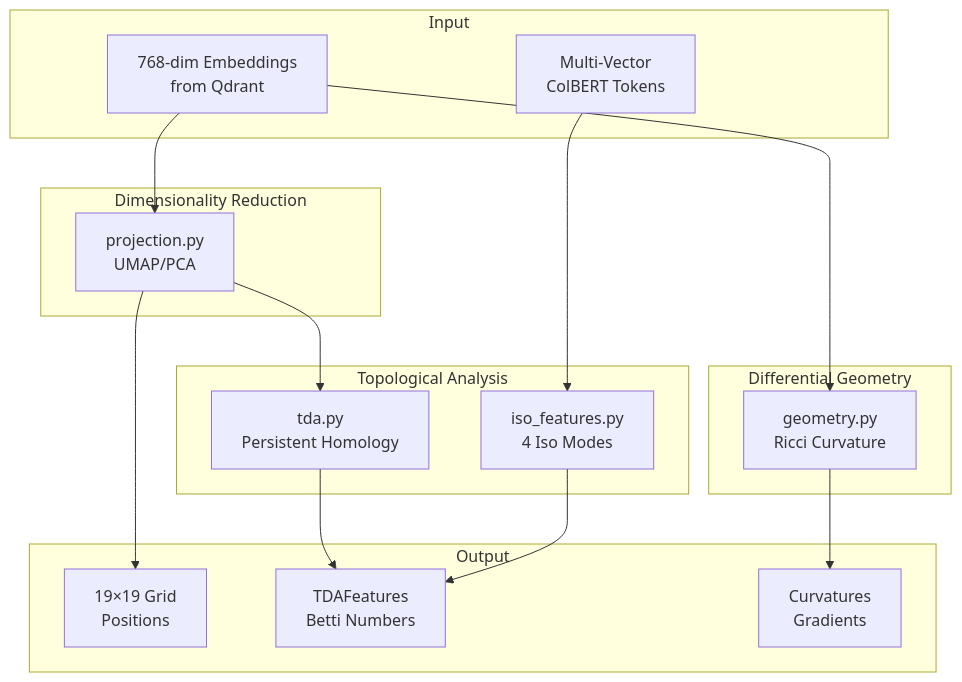
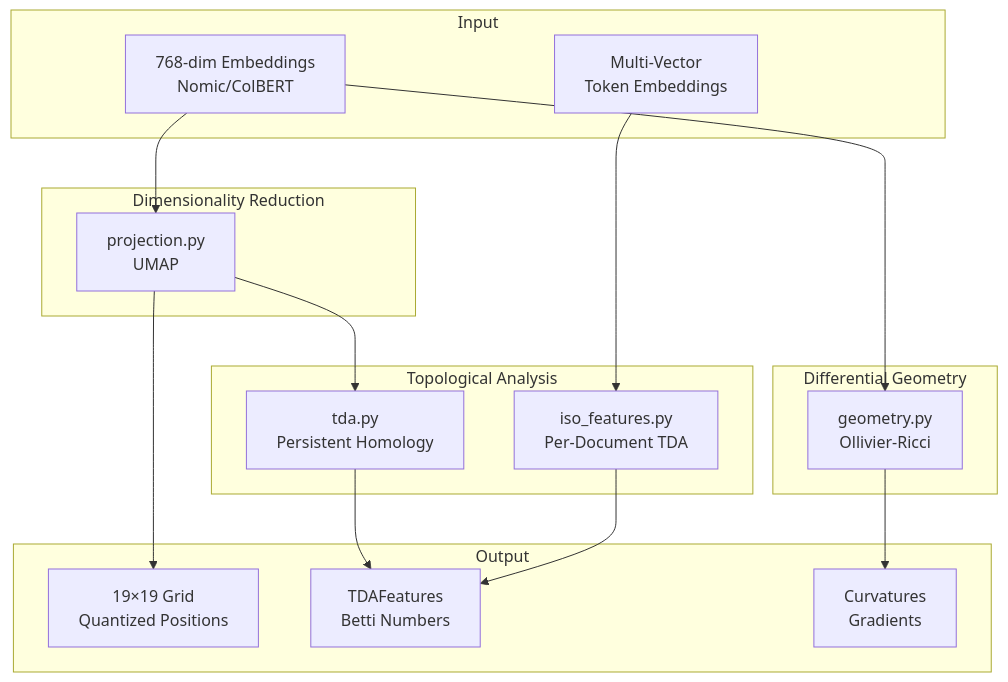
One commit to zndx/gaius changed the first of 2 diagrams in src/gaius/core/README.md. Above: the diagram before and after it, drawn with Mermaid. The commit also changed other lines of this file and 8 other files, not shown here.

````diff
--- a/src/gaius/core/README.md
+++ b/src/gaius/core/README.md
@@ -7,35 +7,35 @@
 ```mermaid
 graph TB
     subgraph "Input"
-        EMB[768-dim Embeddings<br/>from Qdrant]
-        MV[Multi-Vector<br/>ColBERT Tokens]
+        EMB[768-dim Embeddings<br/>Nomic/ColBERT]
+        MV[Multi-Vector<br/>Token Embeddings]
     end
 
     subgraph "Dimensionality Reduction"
-        PROJ[projection.py<br/>UMAP/PCA]
+        PROJ[projection.py<br/>UMAP]
     end
 
     subgraph "Topological Analysis"
         TDA[tda.py<br/>Persistent Homology]
-        ISO[iso_features.py<br/>4 Iso Modes]
+        ISO[iso_features.py<br/>Per-Document TDA]
     end
 
     subgraph "Differential Geometry"
-        GEOM[geometry.py<br/>Ricci Curvature]
+        GEOM[geometry.py<br/>Ollivier-Ricci]
     end
 
     subgraph "Output"
-        GRID[19×19 Grid<br/>Positions]
+        GRID[19×19 Grid<br/>Quantized Positions]
         FEAT[TDAFeatures<br/>Betti Numbers]
         CURV[Curvatures<br/>Gradients]
     end
 
     EMB --> PROJ
     MV --> ISO
     PROJ --> GRID
     PROJ --> TDA
     TDA --> FEAT
     EMB --> GEOM
     GEOM --> CURV
     ISO --> FEAT
 ```
````
